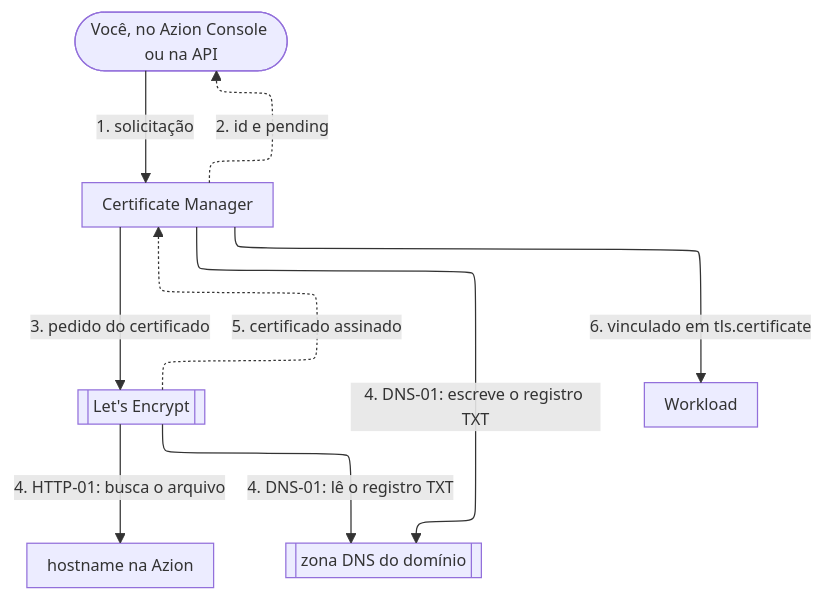
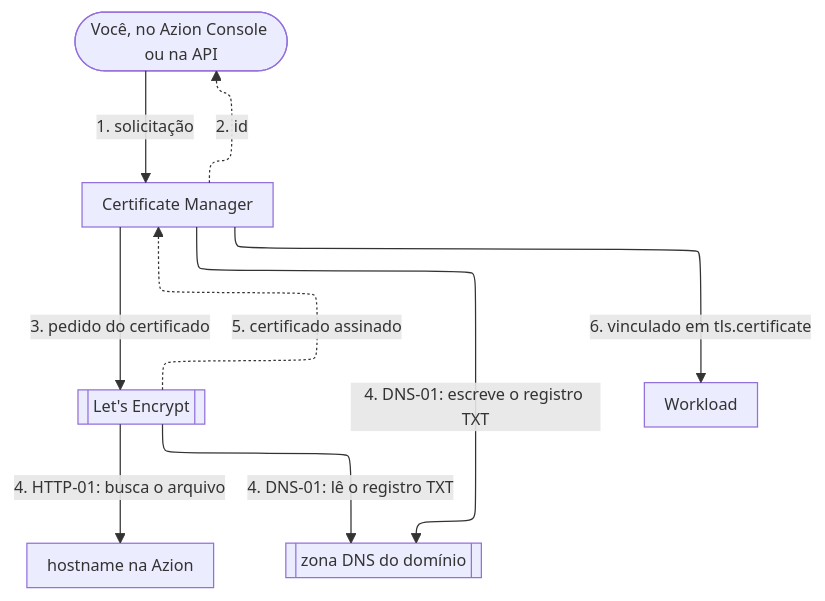
One commit to aziontech/docs changed the first of 2 diagrams in apps/docs/src/content/docs/pt-br/pages/secure/certificate-manager/emissao-e-renovacao.mdx. Above: the diagram before and after it, drawn with Mermaid. The commit also changed other lines of this file and 13 other files, not shown here.

````diff
--- a/apps/docs/src/content/docs/pt-br/pages/secure/certificate-manager/emissao-e-renovacao.mdx
+++ b/apps/docs/src/content/docs/pt-br/pages/secure/certificate-manager/emissao-e-renovacao.mdx
@@ -32,18 +32,18 @@
 ```mermaid
 %%{init: {"layout": "elk", "elk": {"preset": "modelOrder", "keepEntryNodeOnTop": true}, "themeVariables": {"fontSize": "13px"}, "flowchart": {"nodeSpacing": 24, "rankSpacing": 36, "padding": 8, "wrappingWidth": 150, "useMaxWidth": true}, "sequence": {"width": 120, "actorMargin": 30, "useMaxWidth": true}}}%%
 flowchart TD
   You(["Você, no Azion Console ou na API"])
   CM["Certificate Manager"]
   LE[["Let's Encrypt"]]
   Host["hostname na Azion"]
   DNS[["zona DNS do domínio"]]
   WL["Workload"]
   You -->|"1. solicitação"| CM
-  CM -.->|"2. id e pending"| You
+  CM -.->|"2. id"| You
   CM -->|"3. pedido do certificado"| LE
   LE -->|"4. HTTP-01: busca o arquivo"| Host
   CM -->|"4. DNS-01: escreve o registro TXT"| DNS
   LE -->|"4. DNS-01: lê o registro TXT"| DNS
   LE -.->|"5. certificado assinado"| CM
   CM -->|"6. vinculado em tls.certificate"| WL
 ```
````
